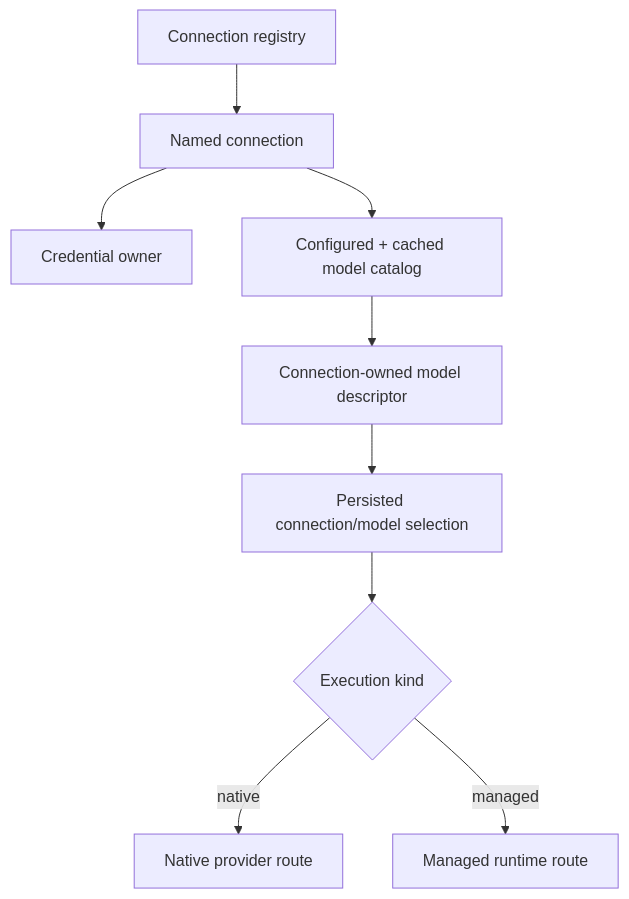
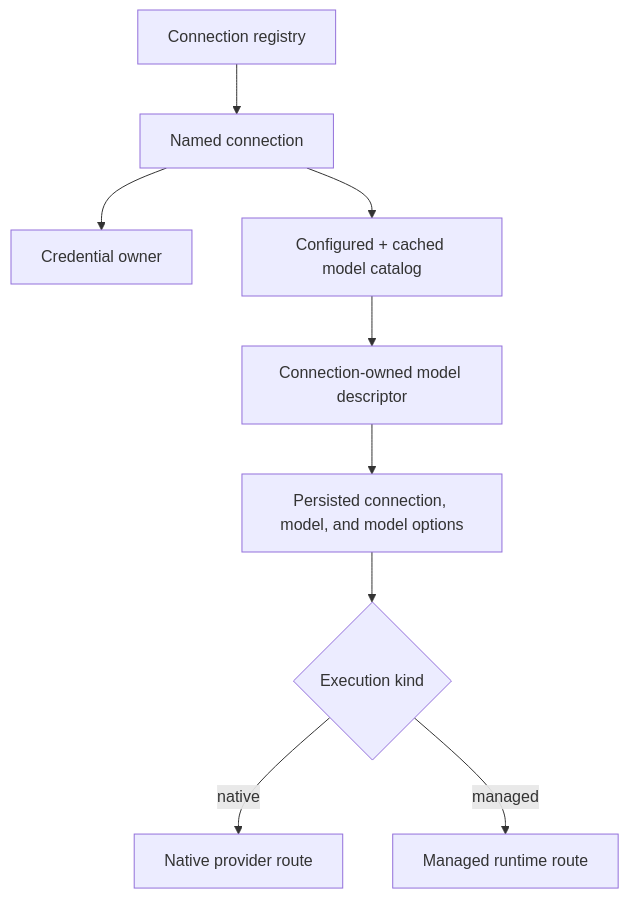
One commit to labcoder/xana changed the second of 4 diagrams in docs/architecture/models-and-managed-runtimes.md. Above: the diagram before and after it, drawn with Mermaid. The commit also changed other lines of this file and 19 other files, not shown here.

````diff
--- a/docs/architecture/models-and-managed-runtimes.md
+++ b/docs/architecture/models-and-managed-runtimes.md
@@ -37,11 +40,11 @@
 ```mermaid
 flowchart TD
     REGISTRY["Connection registry"] --> CONNECTION["Named connection"]
     CONNECTION --> OWNER["Credential owner"]
     CONNECTION --> CATALOG["Configured + cached model catalog"]
     CATALOG --> MODEL["Connection-owned model descriptor"]
-    MODEL --> SELECTION["Persisted connection/model selection"]
+    MODEL --> SELECTION["Persisted connection, model, and model options"]
     SELECTION --> RESOLVE{"Execution kind"}
     RESOLVE -->|"native"| NATIVE_ROUTE["Native provider route"]
     RESOLVE -->|"managed"| MANAGED_ROUTE["Managed runtime route"]
 ```
````
